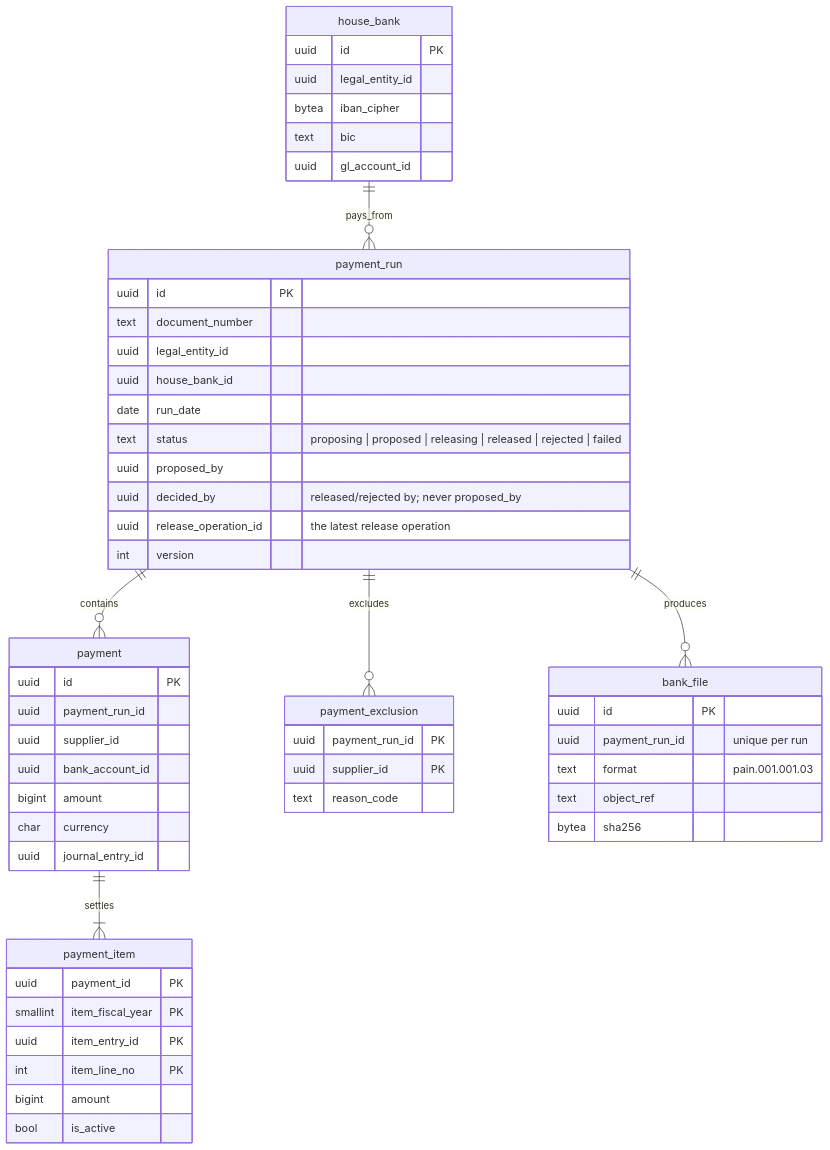
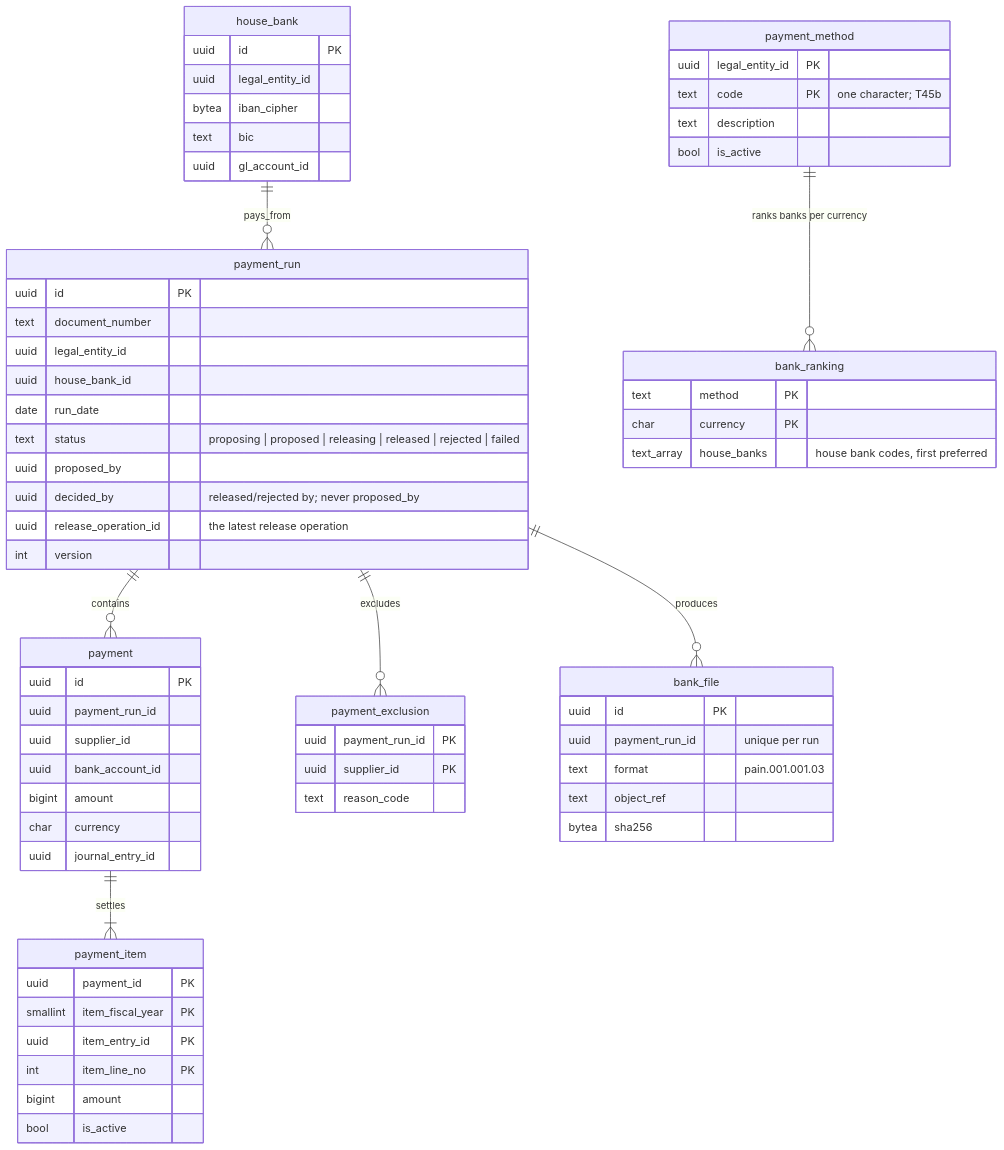
The eighth of 9 diagrams in docs/design/03-data-model.md (mustie7iy/agentic-erp), drawn with Mermaid before and after one commit. The commit also changed other lines of this file and 27 other files, not shown here.

First line of the commit message:
Payment methods ranking house banks, and suppliers' methods (T45b)

````diff
--- a/docs/design/03-data-model.md
+++ b/docs/design/03-data-model.md
@@ -1225,44 +1226,52 @@
 ```mermaid
 erDiagram
   house_bank ||--o{ payment_run : pays_from
   payment_run ||--o{ payment : contains
   payment ||--|{ payment_item : settles
   payment_run ||--o{ payment_exclusion : excludes
   payment_run ||--o{ bank_file : produces
+  payment_method ||--o{ bank_ranking : "ranks banks per currency"
+  payment_method { uuid legal_entity_id PK
+    text code PK "one character; T45b"
+    text description
+    bool is_active }
+  bank_ranking { text method PK
+    char currency PK
+    text_array house_banks "house bank codes, first preferred" }
   payment_run { uuid id PK
     text document_number
     uuid legal_entity_id
     uuid house_bank_id
     date run_date
     text status "proposing | proposed | releasing | released | rejected | failed"
     uuid proposed_by
     uuid decided_by "released/rejected by; never proposed_by"
     uuid release_operation_id "the latest release operation"
     int version }
   payment { uuid id PK
     uuid payment_run_id
     uuid supplier_id
     uuid bank_account_id
     bigint amount
     char currency
     uuid journal_entry_id }
   payment_item { uuid payment_id PK
     smallint item_fiscal_year PK
     uuid item_entry_id PK
     int item_line_no PK
     bigint amount
     bool is_active }
   payment_exclusion { uuid payment_run_id PK
     uuid supplier_id PK
     text reason_code }
   house_bank { uuid id PK
     uuid legal_entity_id
     bytea iban_cipher
     text bic
     uuid gl_account_id }
   bank_file { uuid id PK
     uuid payment_run_id "unique per run"
     text format "pain.001.001.03"
     text object_ref
     bytea sha256 }
 ```
````
